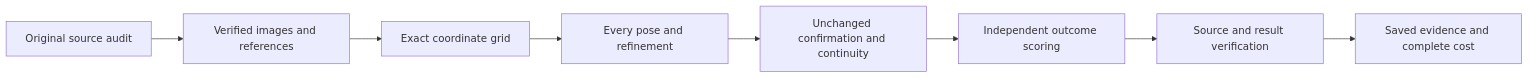
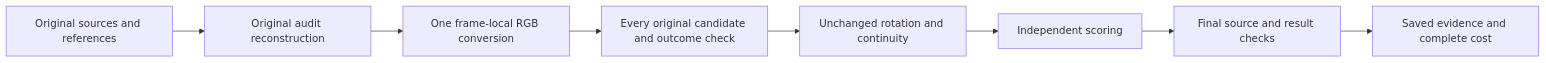
Before and after one commit to eyeoverthink/Fraynix-Agent-Workspace: the diagram in README.md, drawn with Mermaid. The commit also changed other lines of this file and 82 other files, not shown here.

Commit message:
Document edition 156 exact original-verification reconstruction

````diff
--- a/README.md
+++ b/README.md
@@ -107,10 +118,10 @@
 ```mermaid
 flowchart LR
-  A[Original source audit] --> B[Verified images and references]
-  B --> C[Exact coordinate grid]
-  C --> D[Every pose and refinement]
-  D --> E[Unchanged confirmation and continuity]
-  E --> F[Independent outcome scoring]
-  F --> G[Source and result verification]
+  A[Original sources and references] --> B[Original audit reconstruction]
+  B --> C[One frame-local RGB conversion]
+  C --> D[Every original candidate and outcome check]
+  D --> E[Unchanged rotation and continuity]
+  E --> F[Independent scoring]
+  F --> G[Final source and result checks]
   G --> H[Saved evidence and complete cost]
 ```
````
